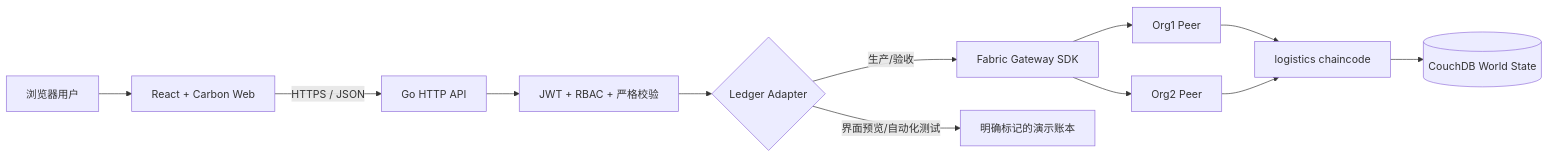
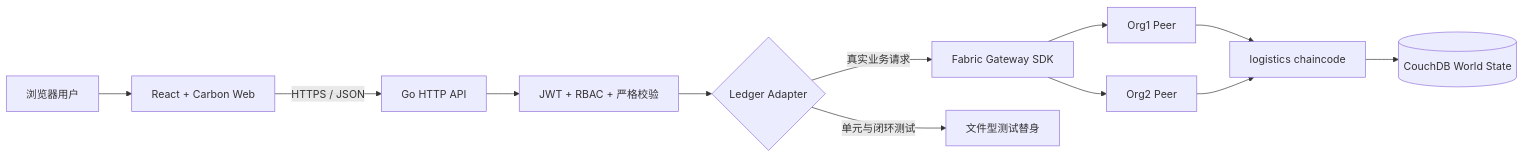
Before and after one commit to Viper3-yu/fabric: the second of 2 diagrams in docs/设计方案.md, drawn with Mermaid. The commit also changed other lines of this file and 46 other files, not shown here.

````diff
--- a/docs/设计方案.md
+++ b/docs/设计方案.md
@@ -66,14 +66,14 @@
 ```mermaid
 flowchart LR
   U[浏览器用户] --> W[React + Carbon Web]
   W -->|HTTPS / JSON| A[Go HTTP API]
   A --> R[JWT + RBAC + 严格校验]
   R --> L{Ledger Adapter}
-  L -->|生产/验收| G[Fabric Gateway SDK]
+  L -->|真实业务请求| G[Fabric Gateway SDK]
   G --> P1[Org1 Peer]
   G --> P2[Org2 Peer]
   P1 --> C[logistics chaincode]
   P2 --> C
   C --> D[(CouchDB World State)]
-  L -->|界面预览/自动化测试| M[明确标记的演示账本]
+  L -->|单元与闭环测试| M[文件型测试替身]
 ```
````
